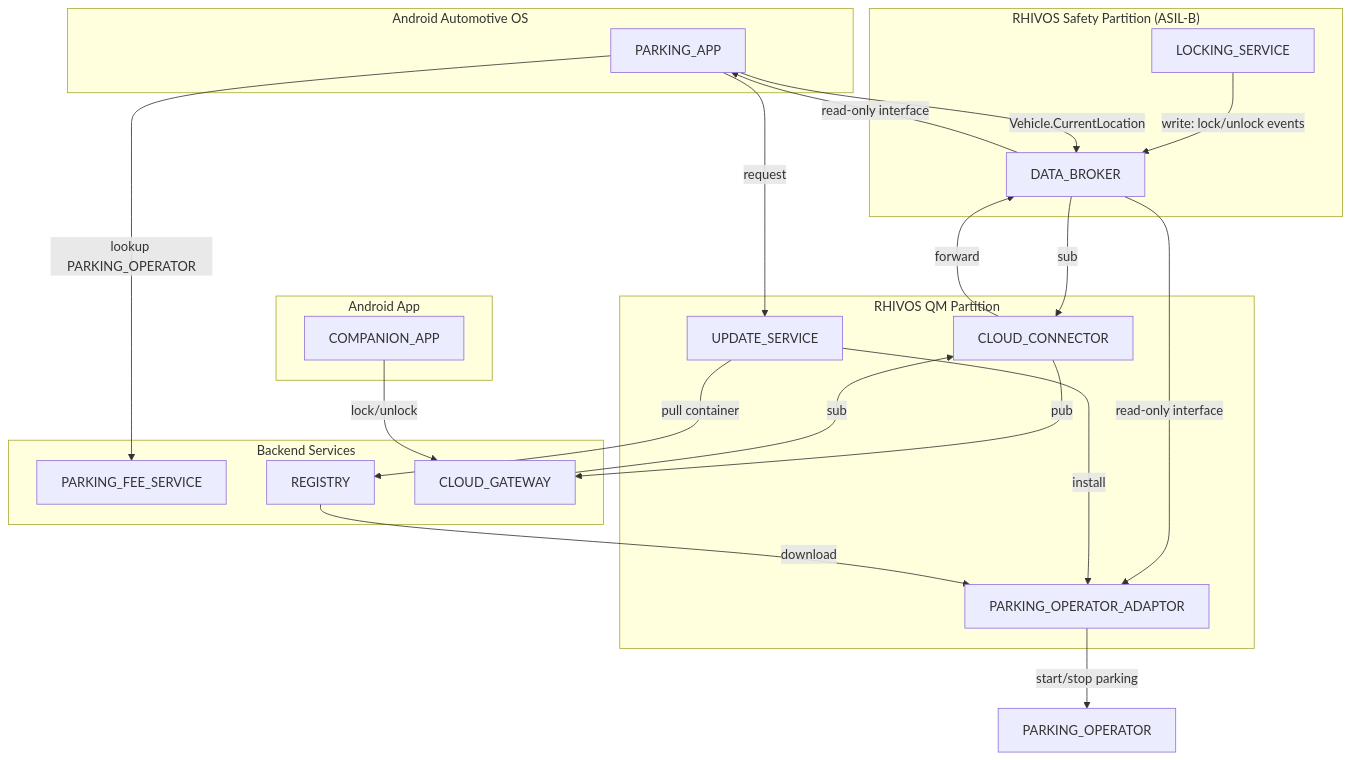
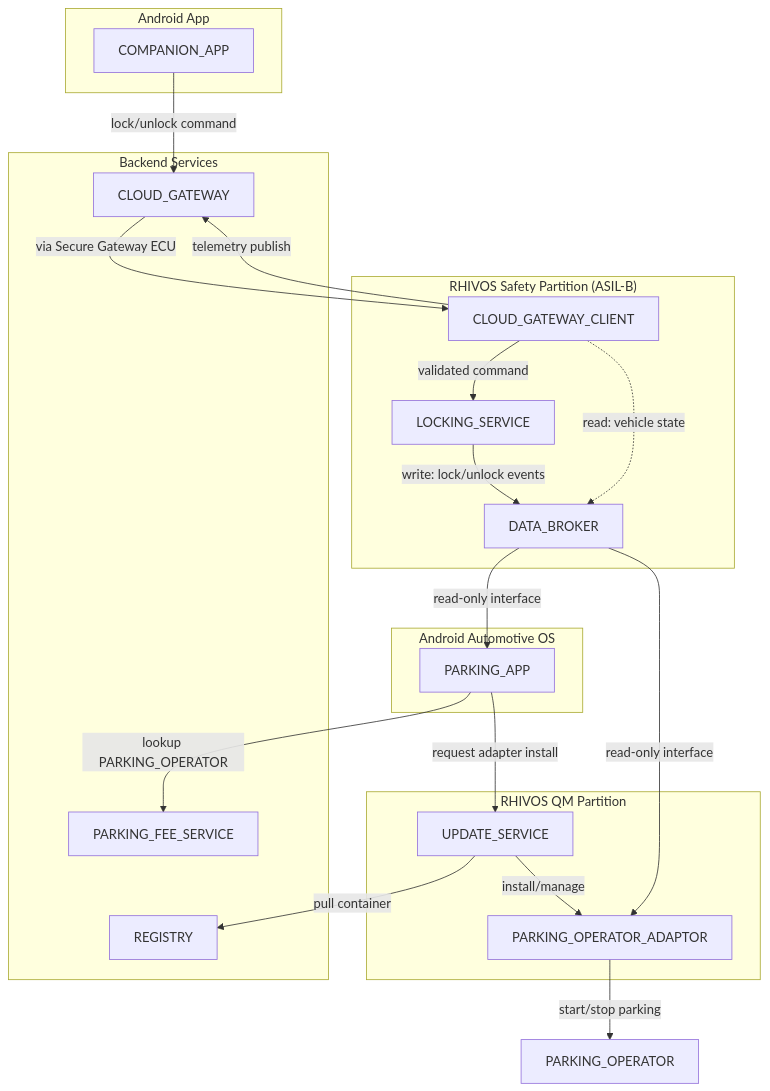
One commit to rhadp/parking-fee-service changed the diagram in prd.md. Above: the diagram before and after it, drawn with Mermaid. The commit also changed other lines of this file, not shown here.

Commit message:
initial prd.md

````diff
--- a/prd.md
+++ b/prd.md
@@ -88,49 +88,48 @@
 ```mermaid
 flowchart TD
 subgraph AAOS["Android Automotive OS"]
 	ParkingApp["PARKING_APP"]
 end
 
 subgraph Android["Android App"]
 	CompanionApp["COMPANION_APP"]
 end
 
 subgraph RHIVOS_Safety["RHIVOS Safety Partition (ASIL-B)"]
   LockingService["LOCKING_SERVICE"]
   DataBroker["DATA_BROKER"]
+  CloudGatewayClient["CLOUD_GATEWAY_CLIENT"]
 end
 
 subgraph RHIVOS_QM["RHIVOS QM Partition"]
   Adaptor["PARKING_OPERATOR_ADAPTOR"]
-  CloudConnector["CLOUD_CONNECTOR"]
   UpdateService["UPDATE_SERVICE"]
 end
 
 subgraph Cloud["Backend Services"]
   ParkingFeeService["PARKING_FEE_SERVICE"]
   Registry["REGISTRY"]
   CloudGateway["CLOUD_GATEWAY"]
 end
 
-CompanionApp --> |"lock/unlock"| CloudGateway
+CompanionApp -->|"lock/unlock command"| CloudGateway
+CloudGateway -->|"via Secure Gateway ECU"| CloudGatewayClient
 
-CloudConnector --> |pub| CloudGateway --> |sub| CloudConnector
-CloudConnector --> |forward| DataBroker --> |sub| CloudConnector
+CloudGatewayClient -->|"validated command"| LockingService
+CloudGatewayClient -->|"telemetry publish"| CloudGateway
+CloudGatewayClient -.->|"read: vehicle state"| DataBroker
+
+LockingService -->|"write: lock/unlock events"| DataBroker
 
 DataBroker -->|"read-only interface"| ParkingApp
 DataBroker -->|"read-only interface"| Adaptor
 
-LockingService -->|"write: lock/unlock events"| DataBroker
+ParkingApp -->|"lookup PARKING_OPERATOR"| ParkingFeeService
+ParkingApp -->|"request adapter install"| UpdateService
 
-ParkingApp --> |"Vehicle.CurrentLocation"| DataBroker
-ParkingApp --> |"lookup PARKING_OPERATOR"| ParkingFeeService
-ParkingApp --> |request| UpdateService
+UpdateService -->|"pull container"| Registry
+UpdateService -->|"install/manage"| Adaptor
 
-UpdateService --> |pull container| Registry
-UpdateService --> |install| Adaptor
-
-Registry --> |download| Adaptor
-
-Adaptor --> |"start/stop parking"| PARKING_OPERATOR
+Adaptor -->|"start/stop parking"| PARKING_OPERATOR["PARKING_OPERATOR"]
 
 ```
````
